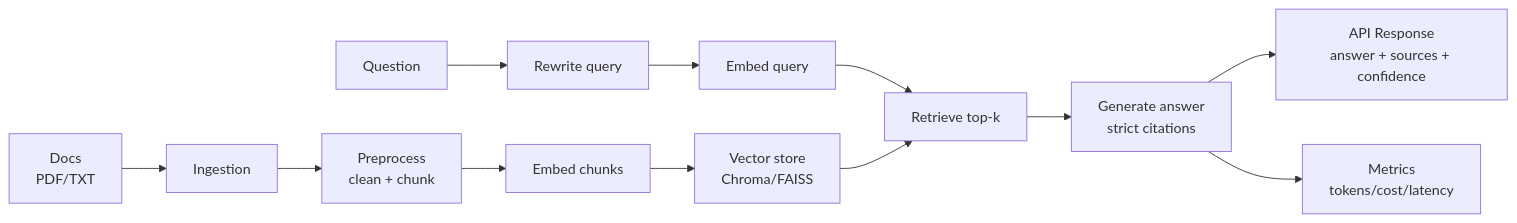
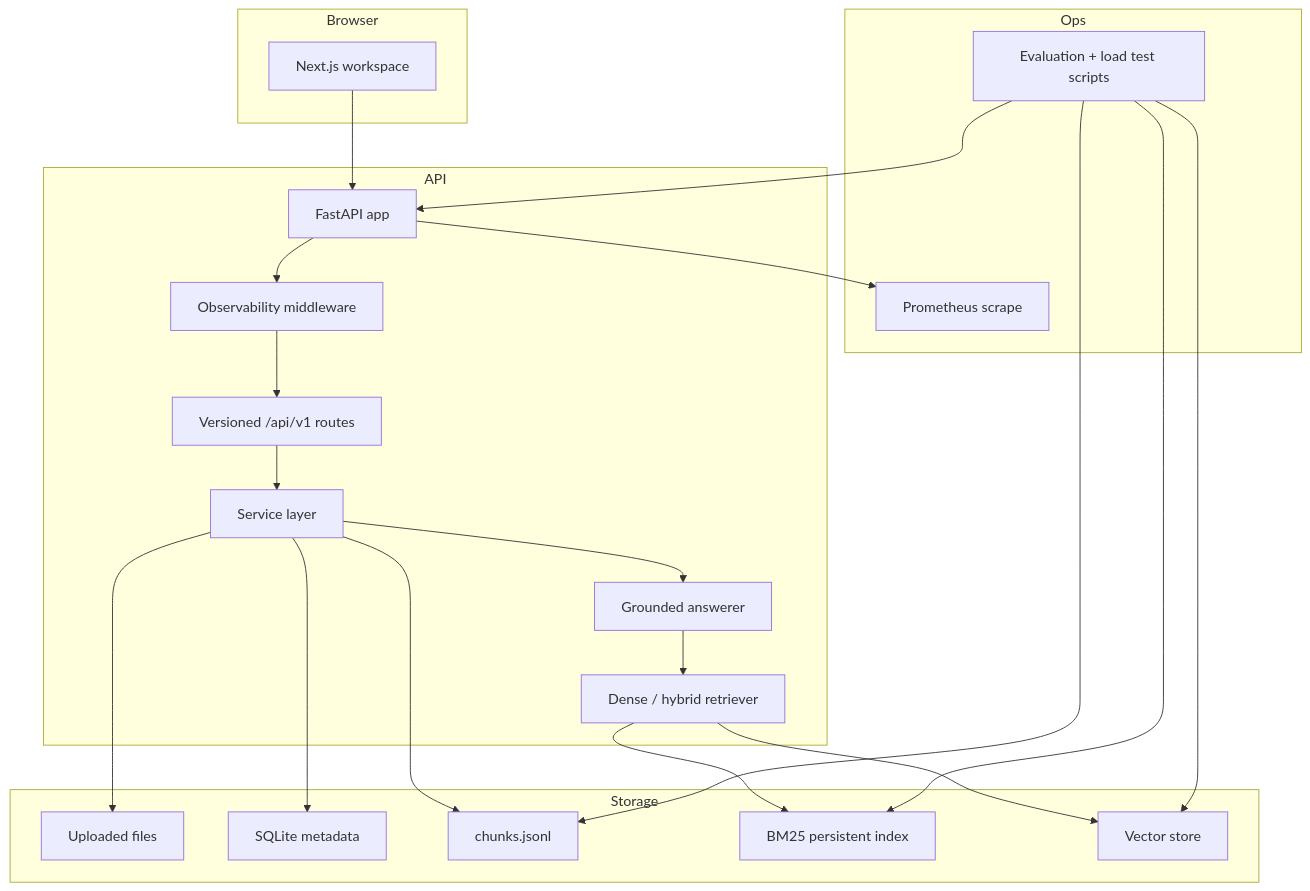
The diagram in docs/architecture.md (PritheevLingeswaran/production-rag-system), drawn with Mermaid before and after one commit. The commit also changed other lines of this file and 62 other files, not shown here.

````diff
--- a/docs/architecture.md
+++ b/docs/architecture.md
@@ -17,14 +19,45 @@
 ```mermaid
-flowchart LR
-  A[Docs<br/>PDF/TXT] --> B[Ingestion]
-  B --> C[Preprocess<br/>clean + chunk]
-  C --> D[Embed chunks]
-  D --> E[Vector store<br/>Chroma/FAISS]
-  Q[Question] --> R[Rewrite query]
-  R --> QE[Embed query]
-  QE --> S[Retrieve top-k]
-  E --> S
-  S --> G[Generate answer<br/>strict citations]
-  G --> O[API Response<br/>answer + sources + confidence]
-  G --> M[Metrics<br/>tokens/cost/latency]
+flowchart TD
+  subgraph Browser
+    UI[Next.js workspace]
+  end
+
+  subgraph API
+    APP[FastAPI app]
+    MID[Observability middleware]
+    ROUTES[Versioned /api/v1 routes]
+    SERVICES[Service layer]
+    ANSWERER[Grounded answerer]
+    RETRIEVER[Dense / hybrid retriever]
+  end
+
+  subgraph Storage
+    FILES[Uploaded files]
+    SQLITE[SQLite metadata]
+    CHUNKS[chunks.jsonl]
+    BM25[BM25 persistent index]
+    VECTOR[Vector store]
+  end
+
+  subgraph Ops
+    PROM[Prometheus scrape]
+    EVAL[Evaluation + load test scripts]
+  end
+
+  UI --> APP
+  APP --> MID
+  MID --> ROUTES
+  ROUTES --> SERVICES
+  SERVICES --> SQLITE
+  SERVICES --> FILES
+  SERVICES --> ANSWERER
+  ANSWERER --> RETRIEVER
+  RETRIEVER --> BM25
+  RETRIEVER --> VECTOR
+  SERVICES --> CHUNKS
+  APP --> PROM
+  EVAL --> APP
+  EVAL --> CHUNKS
+  EVAL --> BM25
+  EVAL --> VECTOR
 ```
````
